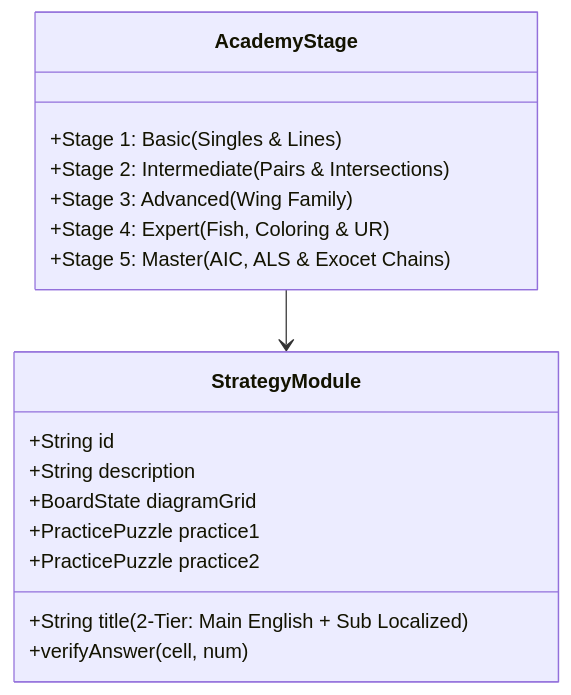
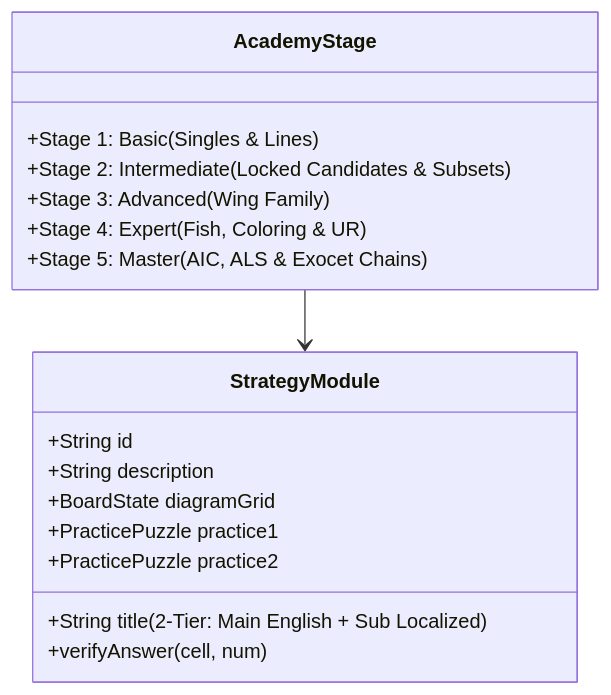
One commit to K2Bact/Sudoku changed the second of 2 diagrams in docs/TECHNICAL_SPECIFICATION.md. Above: the diagram before and after it, drawn with Mermaid. The commit also changed other lines of this file and 122 other files, not shown here.

````diff
--- a/docs/TECHNICAL_SPECIFICATION.md
+++ b/docs/TECHNICAL_SPECIFICATION.md
@@ -52,20 +69,20 @@
 ```mermaid
 classDiagram
     class AcademyStage {
         +Stage 1: Basic (Singles & Lines)
-        +Stage 2: Intermediate (Pairs & Intersections)
+        +Stage 2: Intermediate (Locked Candidates & Subsets)
         +Stage 3: Advanced (Wing Family)
         +Stage 4: Expert (Fish, Coloring & UR)
         +Stage 5: Master (AIC, ALS & Exocet Chains)
     }
     class StrategyModule {
         +String id
         +String title (2-Tier: Main English + Sub Localized)
         +String description
         +BoardState diagramGrid
         +PracticePuzzle practice1
         +PracticePuzzle practice2
         +verifyAnswer(cell, num)
     }
     AcademyStage --> StrategyModule
 ```
````
